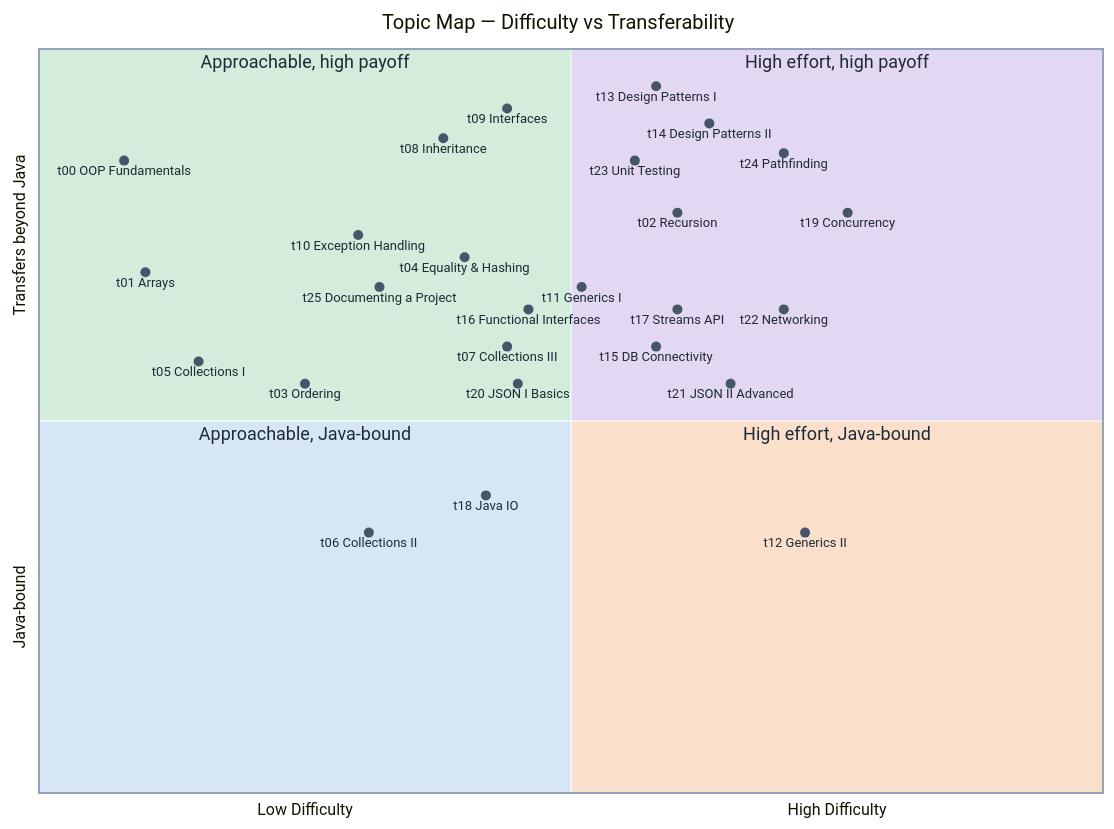
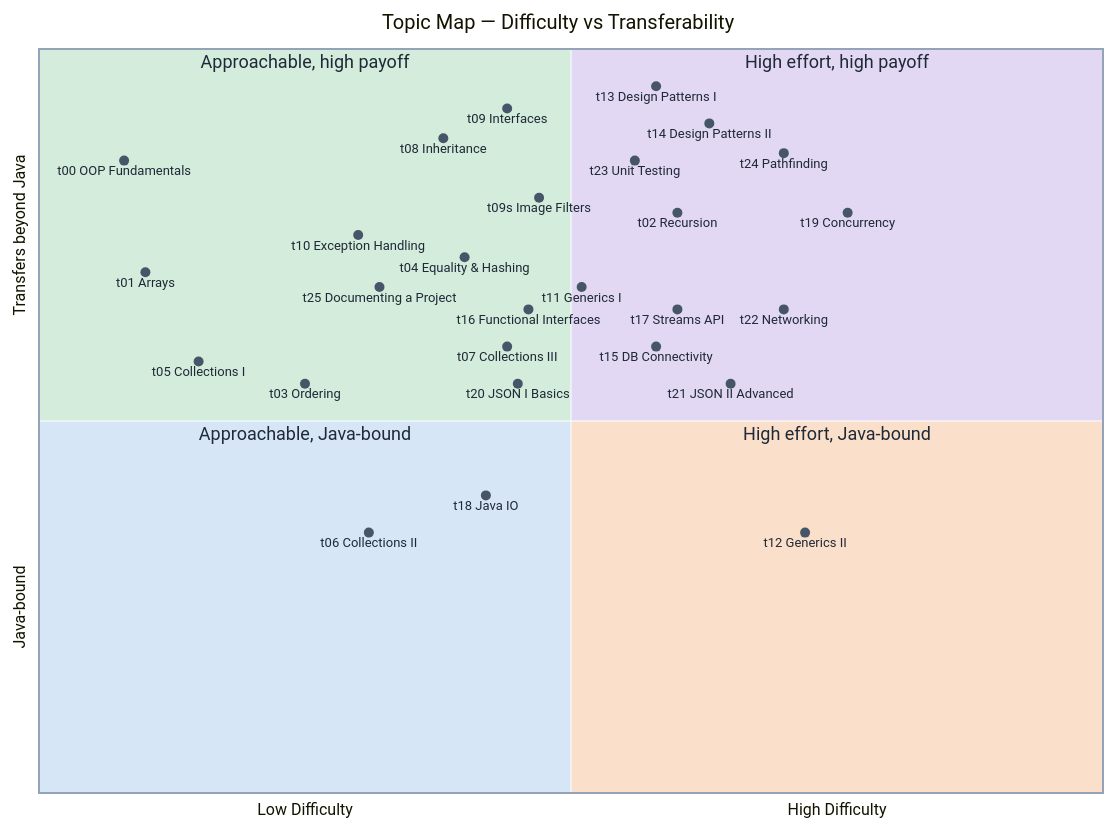
The second of 2 diagrams in README.md (nmcguinness/L8-OOP-Module-Content), drawn with Mermaid before and after one commit. The commit also changed other lines of this file and 73 other files, not shown here.

````diff
--- a/README.md
+++ b/README.md
@@ -185,39 +189,40 @@
 ```mermaid
 %%{init: {"quadrantChart": {"chartWidth": 1100, "chartHeight": 820, "pointLabelFontSize": 13, "pointRadius": 5, "quadrantLabelFontSize": 18, "titleFontSize": 20, "axisLabelFontSize": 14, "pointTextMargin": 4}, "themeVariables": {"quadrant1Fill": "#E2D8F3", "quadrant2Fill": "#D3ECDB", "quadrant3Fill": "#D6E6F7", "quadrant4Fill": "#FAE0CA", "quadrant1TextFill": "#1F2937", "quadrant2TextFill": "#1F2937", "quadrant3TextFill": "#1F2937", "quadrant4TextFill": "#1F2937", "quadrantPointFill": "#475569", "quadrantPointTextFill": "#1F2937", "quadrantInternalBorderStrokeFill": "#FFFFFF", "quadrantExternalBorderStrokeFill": "#94A3B8"}, "themeCSS": ".quadrant text { font-weight: 700; }"}}%%
 quadrantChart
     accTitle: Topic map - difficulty against how far each topic transfers beyond Java
     accDescr: Each topic is plotted on two axes. The x-axis is difficulty, low to high. The y-axis is how far the idea transfers beyond Java, from Java-bound at the bottom to widely transferable at the top. Topics in the top right cost the most effort and give the most lasting value; those in the bottom half are tied more closely to Java.
     title Topic Map — Difficulty vs Transferability
     x-axis Low Difficulty --> High Difficulty
     y-axis Java-bound --> Transfers beyond Java
     quadrant-1 High effort, high payoff
     quadrant-2 Approachable, high payoff
     quadrant-3 Approachable, Java-bound
     quadrant-4 High effort, Java-bound
     t00 OOP Fundamentals: [0.08, 0.85]
     t01 Arrays: [0.10, 0.70]
     t02 Recursion: [0.60, 0.78]
     t03 Ordering: [0.25, 0.55]
     t04 Equality & Hashing: [0.40, 0.72]
     t05 Collections I: [0.15, 0.58]
     t06 Collections II: [0.31, 0.35]
     t07 Collections III: [0.44, 0.60]
     t08 Inheritance: [0.38, 0.88]
     t09 Interfaces: [0.44, 0.92]
+    t09s Image Filters: [0.47, 0.80]
     t10 Exception Handling: [0.30, 0.75]
     t11 Generics I: [0.51, 0.68]
     t12 Generics II: [0.72, 0.35]
     t13 Design Patterns I: [0.58, 0.95]
     t14 Design Patterns II: [0.63, 0.90]
     t15 DB Connectivity: [0.58, 0.60]
     t16 Functional Interfaces: [0.46, 0.65]
     t17 Streams API: [0.60, 0.65]
     t18 Java IO: [0.42, 0.40]
     t19 Concurrency: [0.76, 0.78]
     t20 JSON I Basics: [0.45, 0.55]
     t21 JSON II Advanced: [0.65, 0.55]
     t22 Networking: [0.70, 0.65]
     t23 Unit Testing: [0.56, 0.85]
     t24 Pathfinding: [0.70, 0.86]
     t25 Documenting a Project: [0.32, 0.68]
 ```
````
